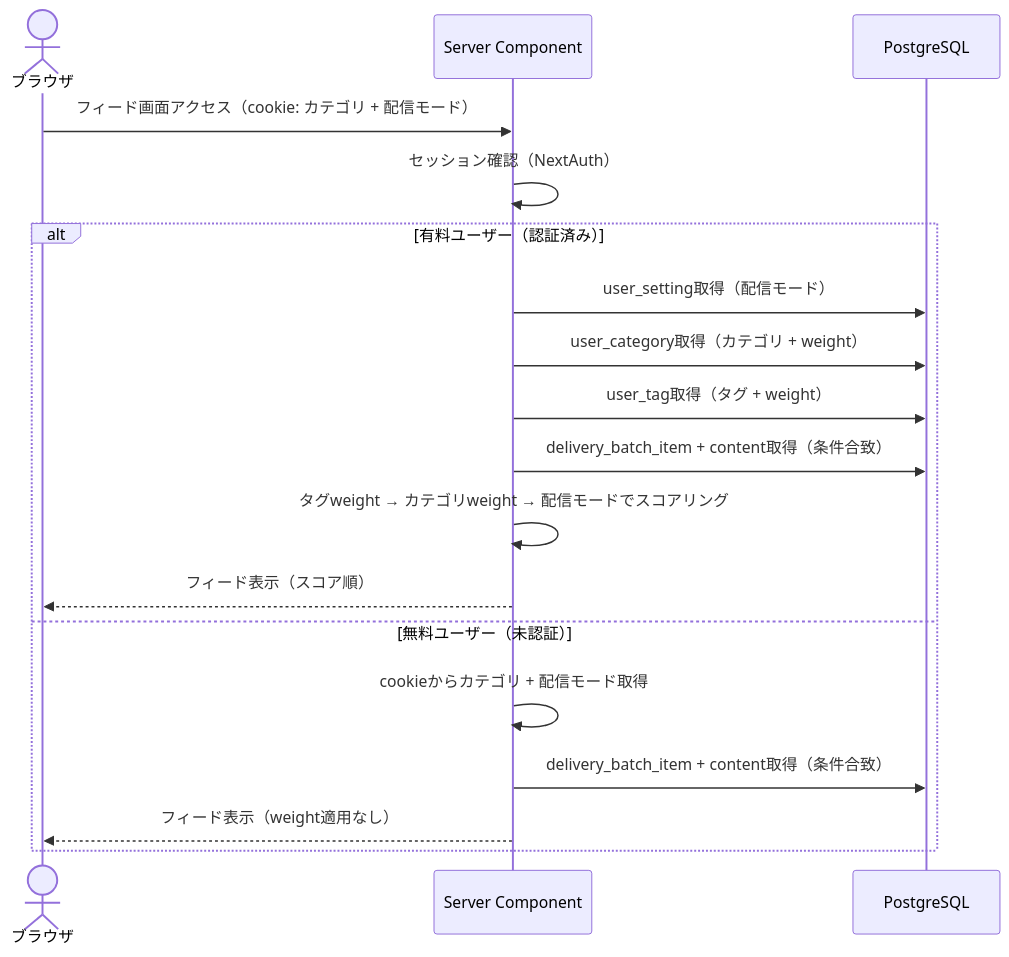
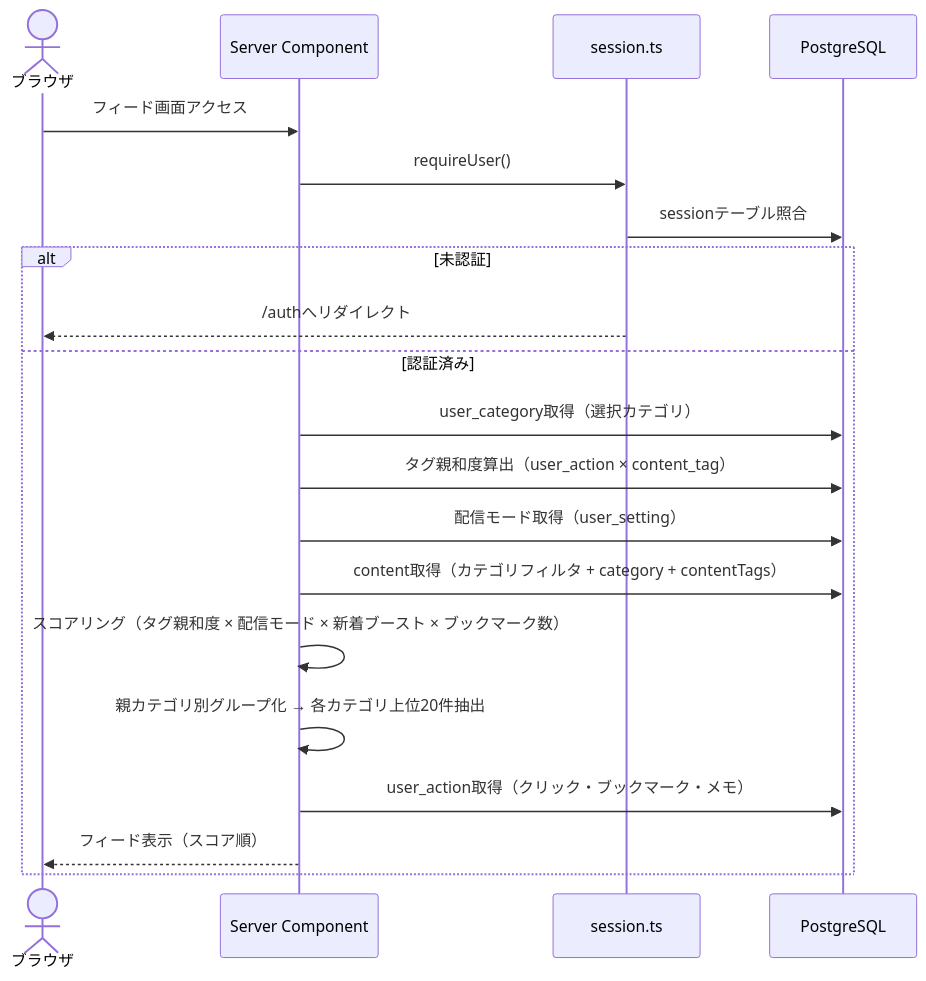
Before and after one commit to WMinsane/yaminabe: the fourth of 6 diagrams in .docs/sequence.md, drawn with Mermaid. The commit also changed other lines of this file and 10 other files, not shown here.

````diff
--- a/.docs/sequence.md
+++ b/.docs/sequence.md
@@ -93,22 +95,23 @@
 ```mermaid
 sequenceDiagram
     actor U as ブラウザ
     participant SC as Server Component
+    participant SS as session.ts
     participant DB as PostgreSQL
 
-    U->>SC: フィード画面アクセス（cookie: カテゴリ + 配信モード）
-    SC->>SC: セッション確認（NextAuth）
-
-    alt 有料ユーザー（認証済み）
-        SC->>DB: user_setting取得（配信モード）
-        SC->>DB: user_category取得（カテゴリ + weight）
-        SC->>DB: user_tag取得（タグ + weight）
-        SC->>DB: delivery_batch_item + content取得（条件合致）
-        SC->>SC: タグweight → カテゴリweight → 配信モードでスコアリング
+    U->>SC: フィード画面アクセス
+    SC->>SS: requireUser()
+    SS->>DB: sessionテーブル照合
+    alt 未認証
+        SS-->>U: /authへリダイレクト
+    else 認証済み
+        SC->>DB: user_category取得（選択カテゴリ）
+        SC->>DB: タグ親和度算出（user_action × content_tag）
+        SC->>DB: 配信モード取得（user_setting）
+        SC->>DB: content取得（カテゴリフィルタ + category + contentTags）
+        SC->>SC: スコアリング（タグ親和度 × 配信モード × 新着ブースト × ブックマーク数）
+        SC->>SC: 親カテゴリ別グループ化 → 各カテゴリ上位20件抽出
+        SC->>DB: user_action取得（クリック・ブックマーク・メモ）
         SC-->>U: フィード表示（スコア順）
-    else 無料ユーザー（未認証）
-        SC->>SC: cookieからカテゴリ + 配信モード取得
-        SC->>DB: delivery_batch_item + content取得（条件合致）
-        SC-->>U: フィード表示（weight適用なし）
     end
 ```
````
